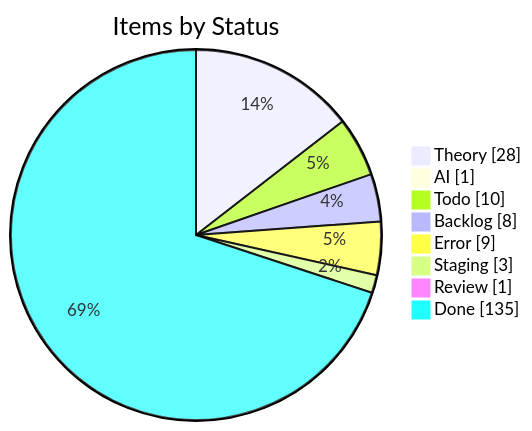
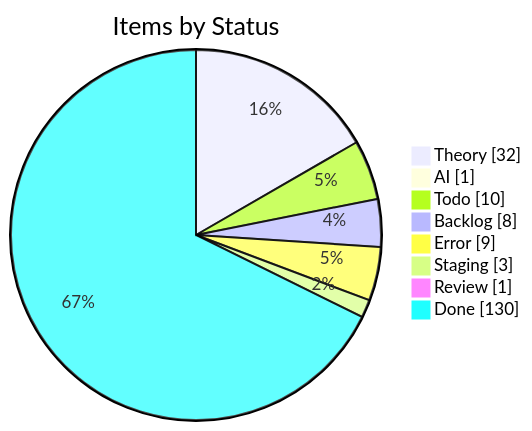
Before and after one commit to KBVE/kbve: the first of 4 diagrams in apps/kbve/astro-kbve/src/content/docs/dashboard/kanban-data.mdx, drawn with Mermaid. The commit also changed other lines of this file and 8 other files, not shown here.

````diff
--- a/apps/kbve/astro-kbve/src/content/docs/dashboard/kanban-data.mdx
+++ b/apps/kbve/astro-kbve/src/content/docs/dashboard/kanban-data.mdx
@@ -55,12 +55,12 @@
 ```mermaid
 pie showData
     title Items by Status
-    "Theory" : 28
+    "Theory" : 32
     "AI" : 1
     "Todo" : 10
     "Backlog" : 8
     "Error" : 9
     "Staging" : 3
     "Review" : 1
-    "Done" : 135
+    "Done" : 130
 ```
````
